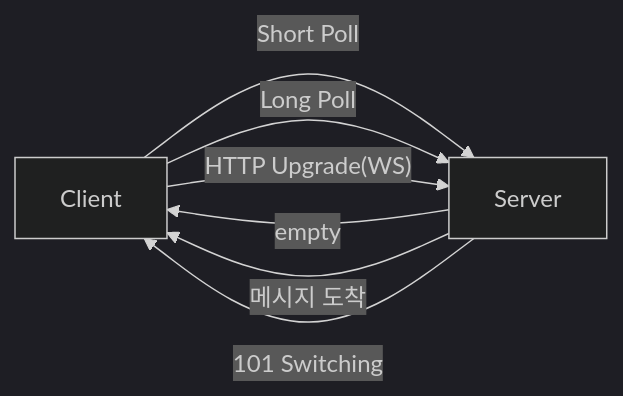
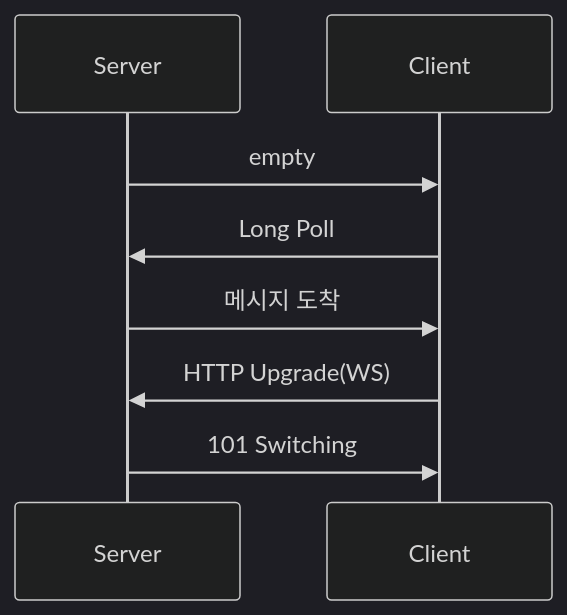
The first of 9 diagrams in _posts/systemdesign/2026-05-02-system-design-chat.md (yjkim2015/yjkim2015.github.io), drawn with Mermaid (dark theme) before and after one commit. The commit also changed 89 other files, not shown here.

First line of the commit message:
복잡한 flowchart 163개 → sequenceDiagram 변환 (90파일)

````diff
--- a/_posts/systemdesign/2026-05-02-system-design-chat.md
+++ b/_posts/systemdesign/2026-05-02-system-design-chat.md
@@ -146,9 +146,8 @@
 ```mermaid
-graph LR
-    C["Client"] -->|"Short Poll"| S["Server"]
-    S -->|"empty"| C
-    C -->|"Long Poll"| S
-    S -->|"메시지 도착"| C
-    C -->|"HTTP Upgrade(WS)"| S
-    S -->|"101 Switching"| C
+sequenceDiagram
+    Server->>Client: empty
+    Client->>Server: Long Poll
+    Server->>Client: 메시지 도착
+    Client->>Server: HTTP Upgrade(WS)
+    Server->>Client: 101 Switching
 ```
````
